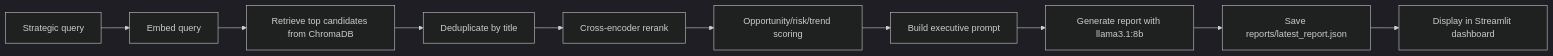
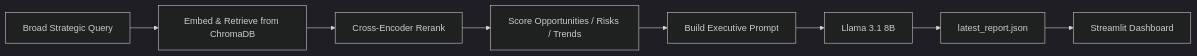
Before and after one commit to sharvariiss/NLP_CEOAgent: the third of 3 diagrams in README.md, drawn with Mermaid (dark theme). The commit also changed other lines of this file, not shown here.

First line of the commit message:
Revise README with project overview and architecture

````diff
--- a/README.md
+++ b/README.md
@@ -339,12 +80,10 @@
 ```mermaid
 flowchart LR
-    Q["Strategic query"] --> R["Embed query"]
-    R --> S["Retrieve top candidates from ChromaDB"]
-    S --> T["Deduplicate by title"]
-    T --> U["Cross-encoder rerank"]
-    U --> V["Opportunity/risk/trend scoring"]
-    V --> W["Build executive prompt"]
-    W --> X["Generate report with llama3.1:8b"]
-    X --> Y["Save reports/latest_report.json"]
-    Y --> Z["Display in Streamlit dashboard"]
+    Q[Broad Strategic Query] --> R[Embed & Retrieve from ChromaDB]
+    R --> S[Cross-Encoder Rerank]
+    S --> T[Score Opportunities / Risks / Trends]
+    T --> U[Build Executive Prompt]
+    U --> V[Llama 3.1 8B]
+    V --> W[latest_report.json]
+    W --> X[Streamlit Dashboard]
 ```
````
